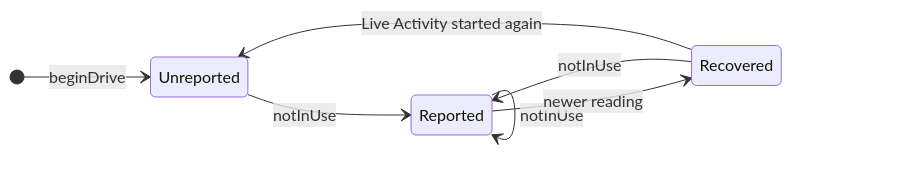
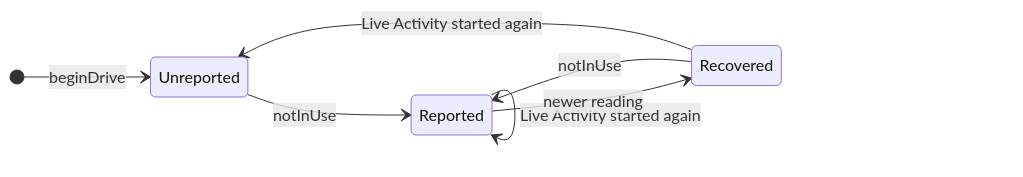
Before and after one commit to lunchbox-labs/Compasslet: the seventh of 11 diagrams in wiki/Developer-State-Machines.md, drawn with Mermaid. The commit also changed other lines of this file and 2 other files, not shown here.

````diff
--- a/wiki/Developer-State-Machines.md
+++ b/wiki/Developer-State-Machines.md
@@ -411,10 +411,11 @@
 ```mermaid
 stateDiagram-v2
     direction LR
     [*] --> Unreported: beginDrive
     Unreported --> Reported: notInUse
     Reported --> Reported: notInUse
     Recovered --> Reported: notInUse
     Reported --> Recovered: newer reading
     Recovered --> Unreported: Live Activity started again
+    Reported --> Reported: Live Activity started again
 ```
````
